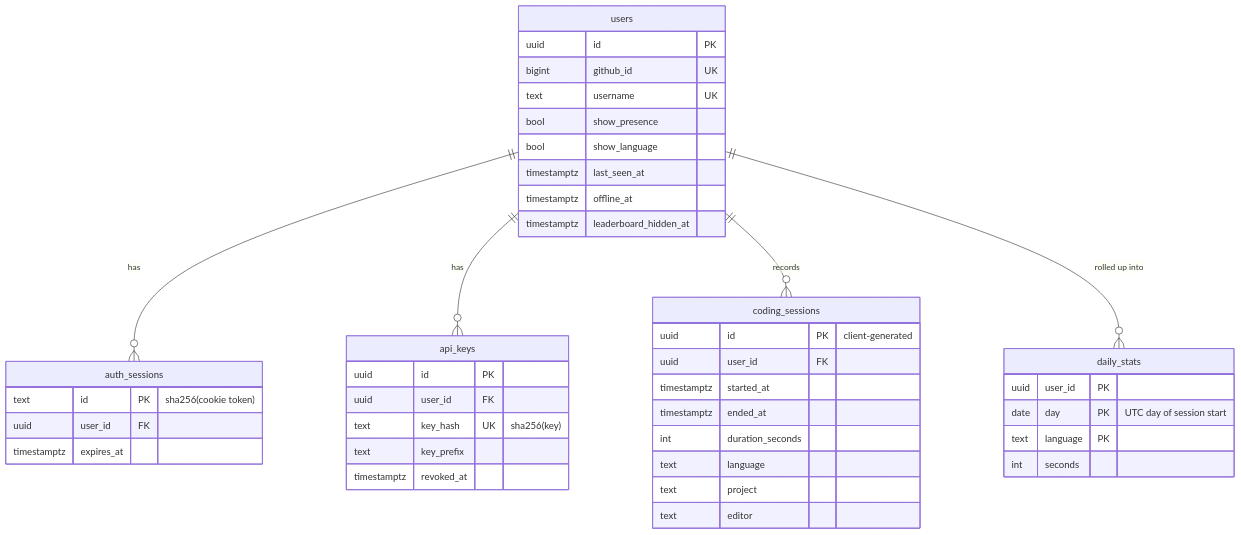
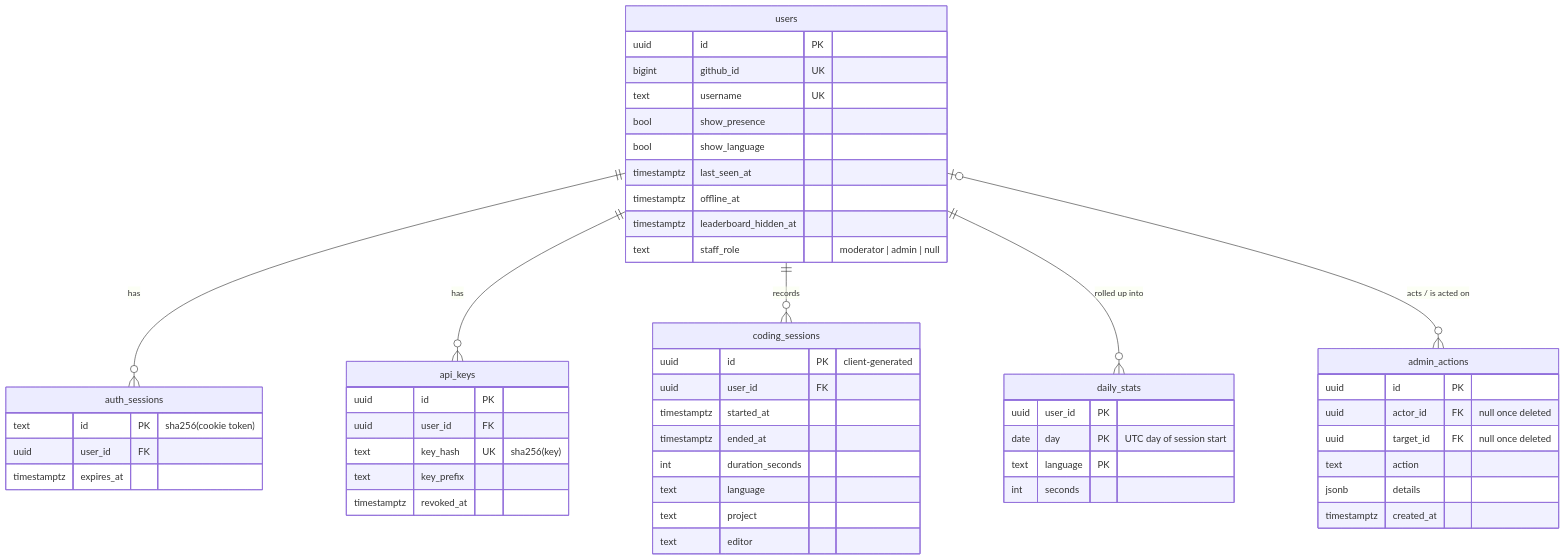
One commit to SalehKhatri/forkyou changed the diagram in docs/data-model.md. Above: the diagram before and after it, drawn with Mermaid. The commit also changed other lines of this file and 24 other files, not shown here.

````diff
--- a/docs/data-model.md
+++ b/docs/data-model.md
@@ -5,45 +5,55 @@
 ```mermaid
 erDiagram
   users ||--o{ auth_sessions : has
   users ||--o{ api_keys : has
   users ||--o{ coding_sessions : records
   users ||--o{ daily_stats : "rolled up into"
+  users |o--o{ admin_actions : "acts / is acted on"
   users {
     uuid id PK
     bigint github_id UK
     text username UK
     bool show_presence
     bool show_language
     timestamptz last_seen_at
     timestamptz offline_at
     timestamptz leaderboard_hidden_at
+    text staff_role "moderator | admin | null"
+  }
+  admin_actions {
+    uuid id PK
+    uuid actor_id FK "null once deleted"
+    uuid target_id FK "null once deleted"
+    text action
+    jsonb details
+    timestamptz created_at
   }
   auth_sessions {
     text id PK "sha256(cookie token)"
     uuid user_id FK
     timestamptz expires_at
   }
   api_keys {
     uuid id PK
     uuid user_id FK
     text key_hash UK "sha256(key)"
     text key_prefix
     timestamptz revoked_at
   }
   coding_sessions {
     uuid id PK "client-generated"
     uuid user_id FK
     timestamptz started_at
     timestamptz ended_at
     int duration_seconds
     text language
     text project
     text editor
   }
   daily_stats {
     uuid user_id PK
     date day PK "UTC day of session start"
     text language PK
     int seconds
   }
 ```
````
